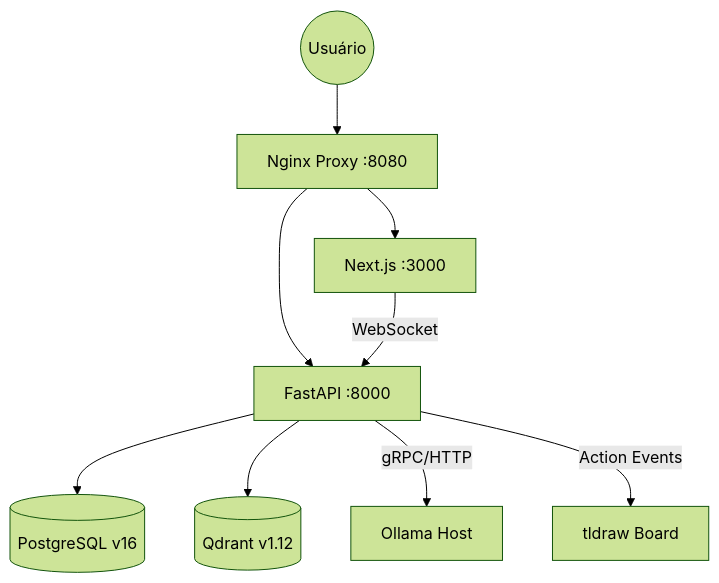
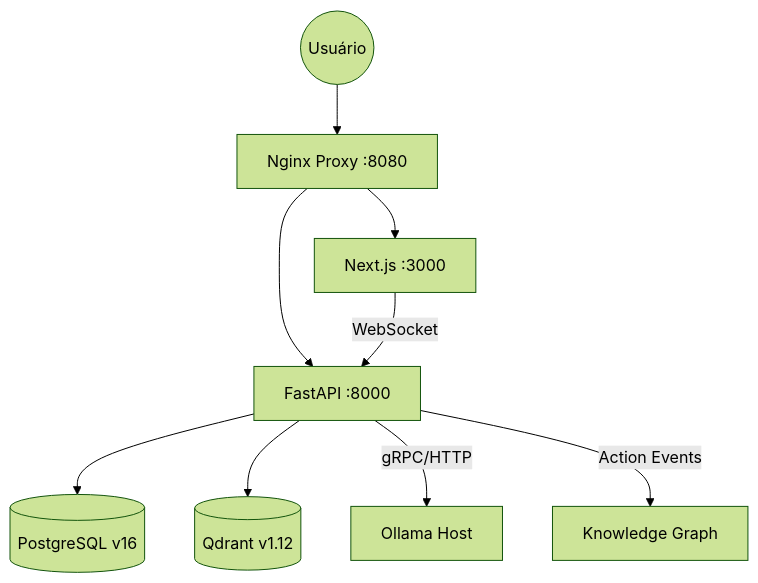
The diagram in README.md (floodnet666/orientador-ia), drawn with Mermaid (forest theme) before and after one commit. The commit also changed other lines of this file and 14 other files, not shown here.

Commit message:
refactor(whiteboard): migrate to deterministic React Flow + Dagre architecture (v8.1.0)

````diff
--- a/README.md
+++ b/README.md
@@ -19,11 +19,11 @@
 ```mermaid
 graph TD
     User((Usuário)) --> Proxy[Nginx Proxy :8080]
     Proxy --> Frontend[Next.js :3000]
     Proxy --> Backend[FastAPI :8000]
     Backend --> Postgres[(PostgreSQL v16)]
     Backend --> Qdrant[(Qdrant v1.12)]
     Backend -- "gRPC/HTTP" --> Ollama[Ollama Host]
     Frontend -- "WebSocket" --> Backend
-    Backend -- "Action Events" --> Canvas[tldraw Board]
+    Backend -- "Action Events" --> Canvas[Knowledge Graph]
 ```
````
